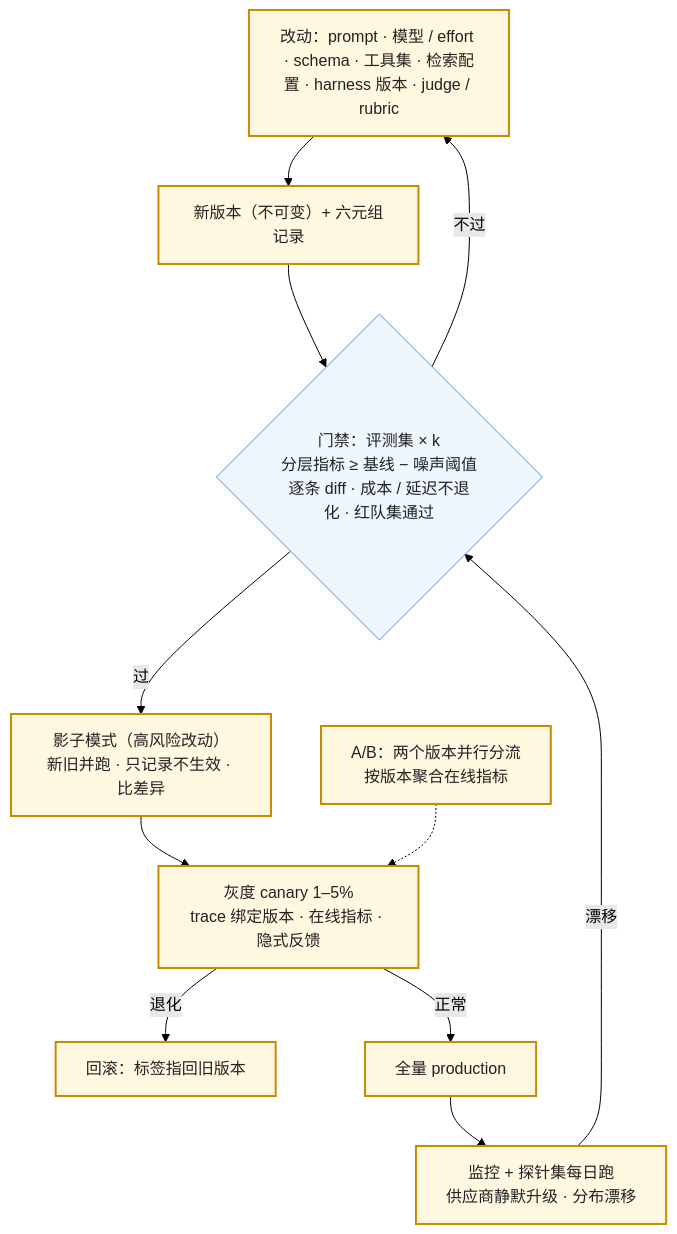
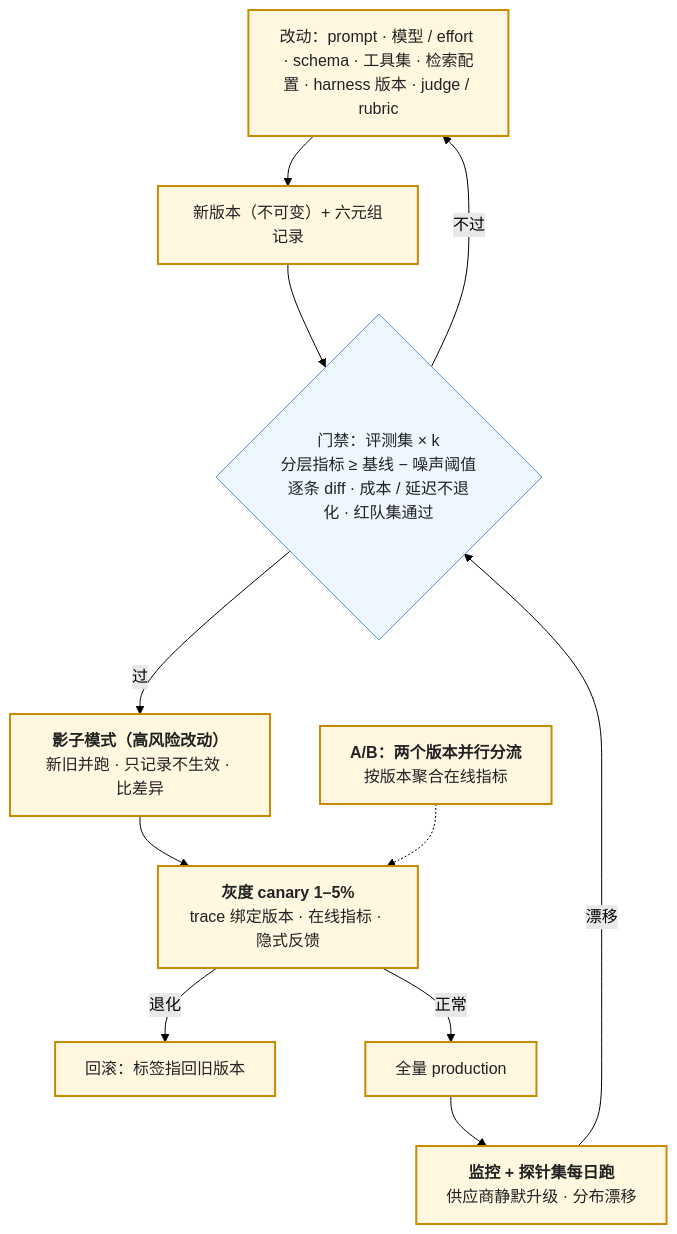
Before and after one commit to arganzheng/arganzheng.github.com: the first of 5 diagrams in _posts/2026-11-03-regression-gates-silent-model-updates-ab-and-online-evaluation.md, drawn with Mermaid (forest theme). The commit also changed other lines of this file and 7 other files, not shown here.

First line of the commit message:
评测、可观测与可追溯：怎么知道改了之后更好了：Mermaid 多行方框的首行标为标题（8 篇）

````diff
--- a/_posts/2026-11-03-regression-gates-silent-model-updates-ab-and-online-evaluation.md
+++ b/_posts/2026-11-03-regression-gates-silent-model-updates-ab-and-online-evaluation.md
@@ -22,19 +22,19 @@
 ```mermaid
 %% 图：改动从提交到生产的流程：新版本过评测门禁，高风险改动先影子模式，灰度 1–5% 后全量，探针发现漂移再回到门禁
 flowchart TB
     CH["改动：prompt · 模型 / effort · schema · 工具集 · 检索配置 · harness 版本 · judge / rubric"] --> V["新版本（不可变）+ 六元组记录"]
     V --> G{"门禁：评测集 × k<br/>分层指标 ≥ 基线 − 噪声阈值<br/>逐条 diff · 成本 / 延迟不退化 · 红队集通过"}
     G -->|"不过"| CH
-    G -->|"过"| S["影子模式（高风险改动）<br/>新旧并跑 · 只记录不生效 · 比差异"]
-    S --> C["灰度 canary 1–5%<br/>trace 绑定版本 · 在线指标 · 隐式反馈"]
+    G -->|"过"| S["<b>影子模式（高风险改动）</b><br/>新旧并跑 · 只记录不生效 · 比差异"]
+    S --> C["<b>灰度 canary 1–5%</b><br/>trace 绑定版本 · 在线指标 · 隐式反馈"]
     C -->|"退化"| RB["回滚：标签指回旧版本"]
     C -->|"正常"| P["全量 production"]
-    P --> M["监控 + 探针集每日跑<br/>供应商静默升级 · 分布漂移"]
+    P --> M["<b>监控 + 探针集每日跑</b><br/>供应商静默升级 · 分布漂移"]
     M -->|"漂移"| G
-    AB["A/B：两个版本并行分流<br/>按版本聚合在线指标"] -.-> C
+    AB["<b>A/B：两个版本并行分流</b><br/>按版本聚合在线指标"] -.-> C
 
     classDef step fill:#fff7e0,stroke:#c98a00,stroke-width:2px,color:#222
     classDef gate fill:#eef6ff,stroke:#5b8fd6,color:#222
     class CH,V,S,C,P,M,RB,AB step
     class G gate
 ```
````
